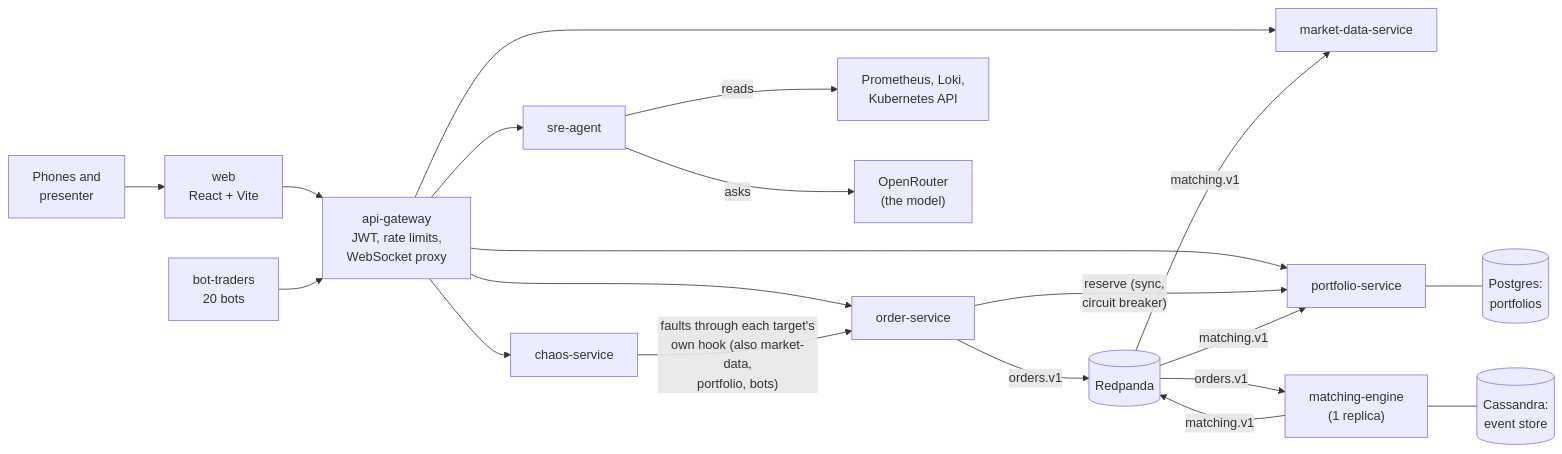
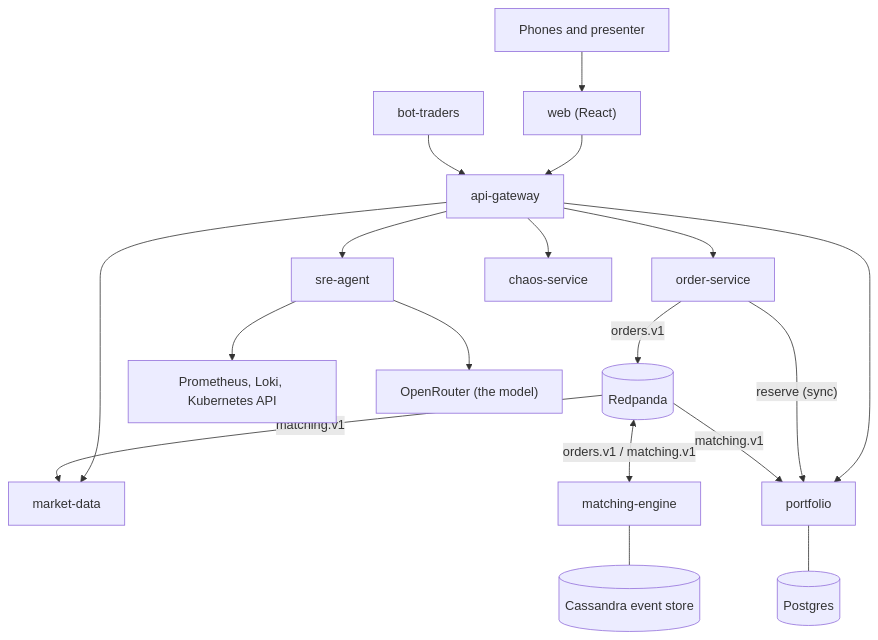
One commit to Kaizer-1/CircuitBreaker changed the third of 6 diagrams in README.md. Above: the diagram before and after it, drawn with Mermaid. The commit also changed other lines of this file, not shown here.

Commit message:
docs(readme): diagrams sized for GitHub's column; details beside them in words

````diff
--- a/README.md
+++ b/README.md
@@ -190,21 +200,19 @@
 ```mermaid
-flowchart LR
-    P["Phones and<br/>presenter"] --> WEB["web<br/>React + Vite"] --> GW["api-gateway<br/>JWT, rate limits,<br/>WebSocket proxy"]
-    BT["bot-traders<br/>20 bots"] --> GW
+flowchart TB
+    P["Phones and presenter"] --> WEB["web (React)"] --> GW["api-gateway"]
+    BT["bot-traders"] --> GW
     GW --> OS["order-service"]
-    GW --> MD["market-data-service"]
-    GW --> PS["portfolio-service"]
+    GW --> MD["market-data"]
+    GW --> PS["portfolio"]
     GW --> SA["sre-agent"]
     GW --> CH["chaos-service"]
-    OS -- "reserve (sync,<br/>circuit breaker)" --> PS
+    OS -- "reserve (sync)" --> PS
     OS -- "orders.v1" --> RP[("Redpanda")]
-    RP -- "orders.v1" --> ME["matching-engine<br/>(1 replica)"]
-    ME -- "matching.v1" --> RP
+    RP <-- "orders.v1 / matching.v1" --> ME["matching-engine"]
     RP -- "matching.v1" --> MD
     RP -- "matching.v1" --> PS
-    ME --- ES[("Cassandra:<br/>event store")]
-    PS --- PG[("Postgres:<br/>portfolios")]
-    SA -- "reads" --> OBS["Prometheus, Loki,<br/>Kubernetes API"]
-    SA -- "asks" --> LLM["OpenRouter<br/>(the model)"]
-    CH -- "faults through each target's<br/>own hook (also market-data,<br/>portfolio, bots)" --> OS
+    ME --- ES[("Cassandra event store")]
+    PS --- PG[("Postgres")]
+    SA --> OBS["Prometheus, Loki, Kubernetes API"]
+    SA --> LLM["OpenRouter (the model)"]
 ```
````
